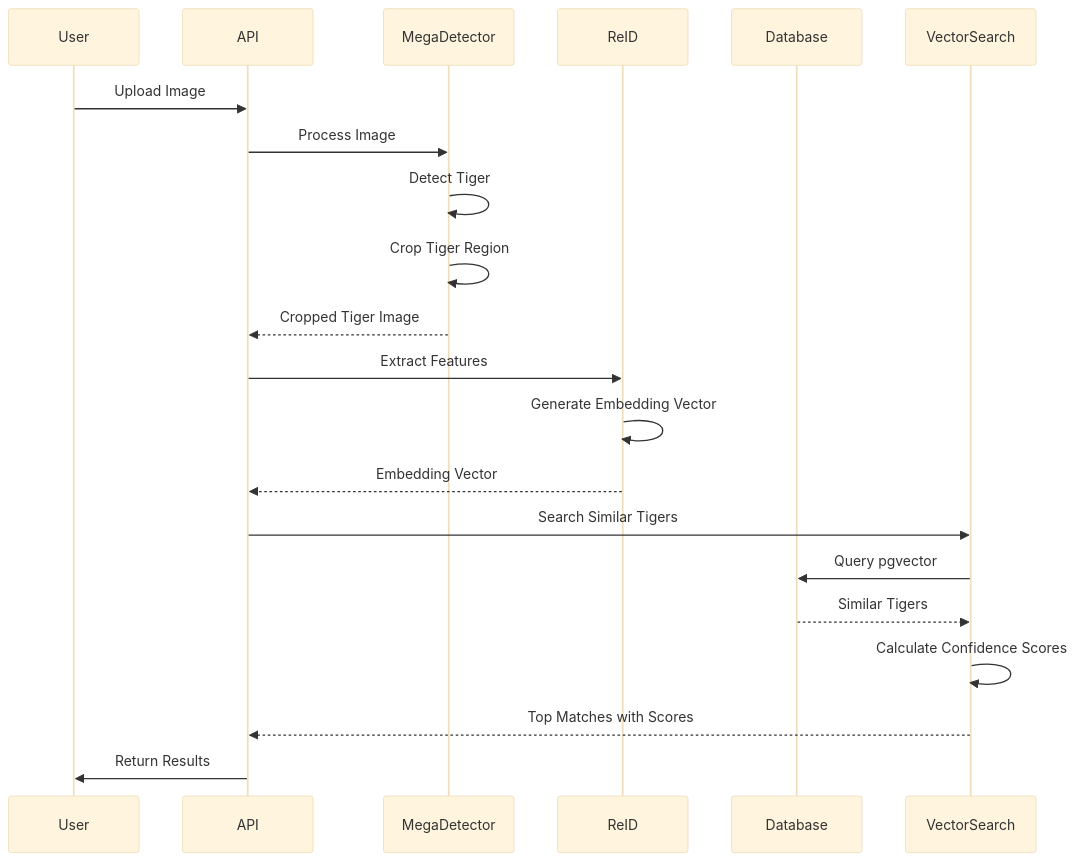
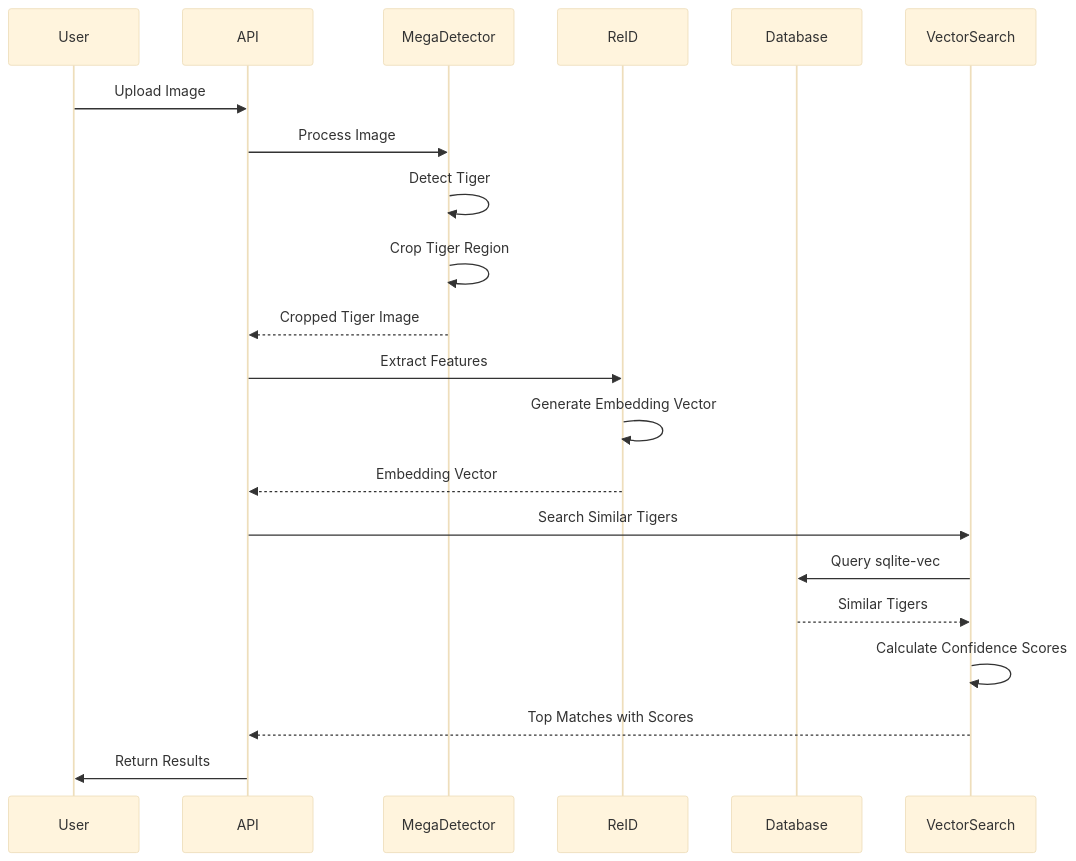
One commit to Ark-Ntech/Tiger-ID changed the sixth of 11 diagrams in docs/ARCHITECTURE.md. Above: the diagram before and after it, drawn with Mermaid (base theme). The commit also changed other lines of this file and 875 other files, not shown here.

````diff
--- a/docs/ARCHITECTURE.md
+++ b/docs/ARCHITECTURE.md
@@ -368,27 +427,27 @@
 ```mermaid
 sequenceDiagram
     participant User
     participant API
     participant MegaDetector
     participant ReID
     participant Database
     participant VectorSearch
 
     User->>API: Upload Image
     API->>MegaDetector: Process Image
     MegaDetector->>MegaDetector: Detect Tiger
     MegaDetector->>MegaDetector: Crop Tiger Region
     MegaDetector-->>API: Cropped Tiger Image
     
     API->>ReID: Extract Features
     ReID->>ReID: Generate Embedding Vector
     ReID-->>API: Embedding Vector
     
     API->>VectorSearch: Search Similar Tigers
-    VectorSearch->>Database: Query pgvector
+    VectorSearch->>Database: Query sqlite-vec
     Database-->>VectorSearch: Similar Tigers
     VectorSearch->>VectorSearch: Calculate Confidence Scores
     VectorSearch-->>API: Top Matches with Scores
     
     API->>User: Return Results
 ```
````
